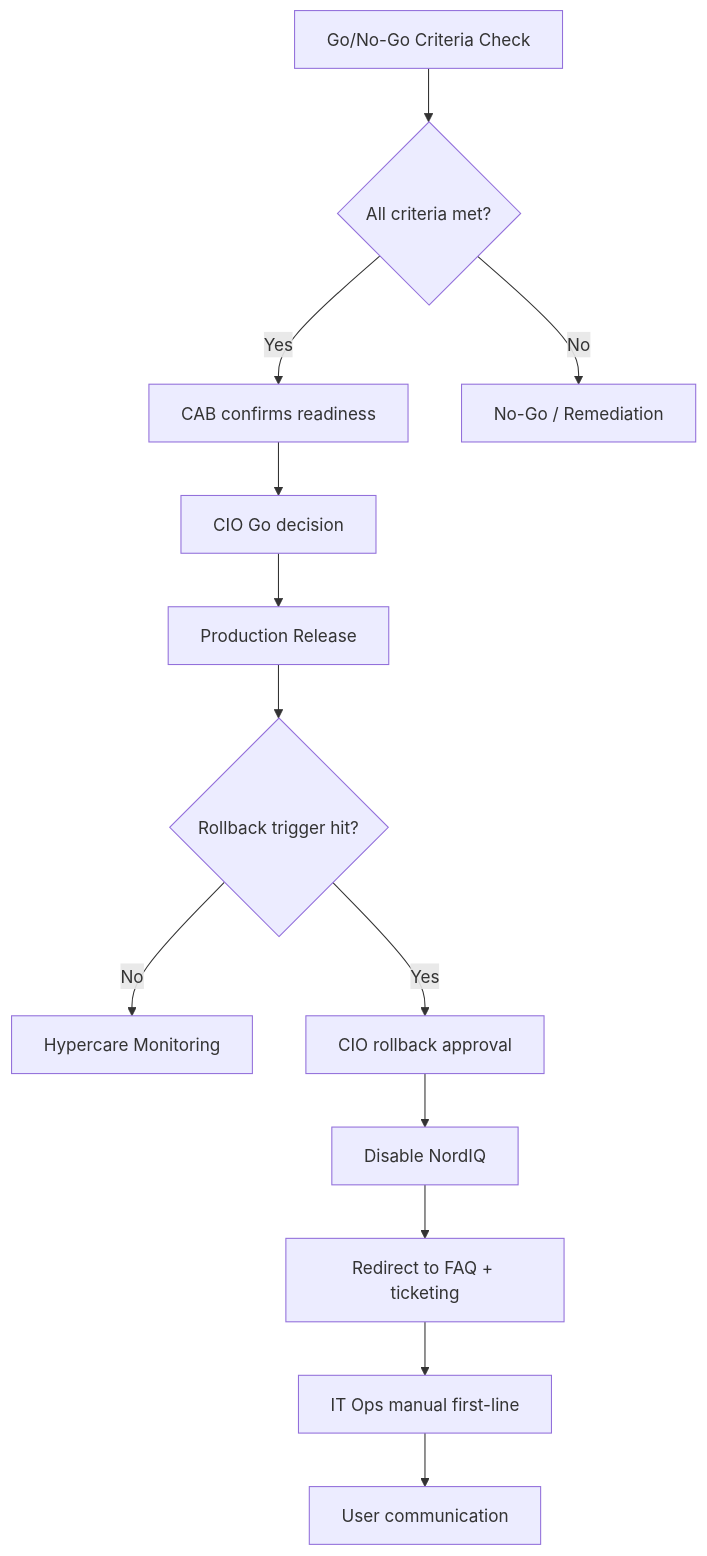
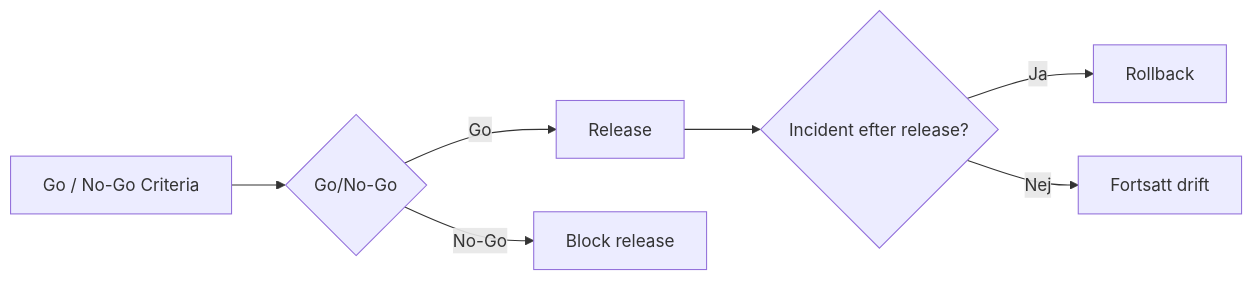
The diagram in docs/04-change-release.md (itsimonfredlingjack/nordiq-sejfa), drawn with Mermaid before and after one commit. The commit also changed other lines of this file and 3 other files, not shown here.

````diff
--- a/docs/04-change-release.md
+++ b/docs/04-change-release.md
@@ -32,18 +35,9 @@
 ```mermaid
-flowchart TB
-    A["Go/No-Go Criteria Check"] --> B{"All criteria met?"}
-
-    B -->|Yes| C["CAB confirms readiness"]
-    C --> D["CIO Go decision"]
-    D --> E["Production Release"]
-
-    B -->|No| F["No-Go / Remediation"]
-
-    E --> G{"Rollback trigger hit?"}
-    G -->|No| H["Hypercare Monitoring"]
-    G -->|Yes| I["CIO rollback approval"]
-    I --> J["Disable NordIQ"]
-    J --> K["Redirect to FAQ + ticketing"]
-    K --> L["IT Ops manual first-line"]
-    L --> M["User communication"]
+flowchart LR
+    A["Go / No-Go Criteria"] --> B{"Go/No-Go"}
+    B -->|Go| C["Release"]
+    B -->|No-Go| D["Block release"]
+    C --> E{"Incident efter release?"}
+    E -->|Ja| F["Rollback"]
+    E -->|Nej| G["Fortsatt drift"]
 ```
````
